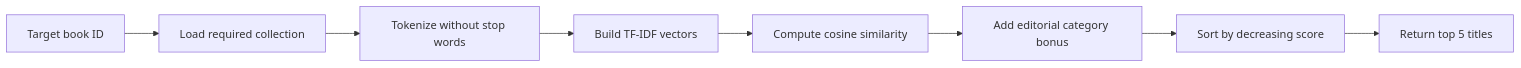
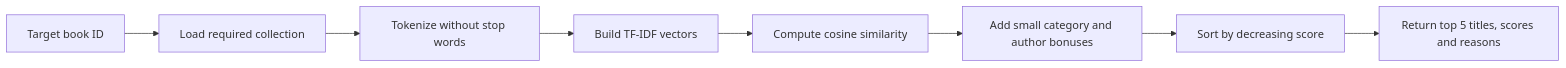
The fifth of 6 diagrams in README.md (LouiseNedjma13/T-AIA-600-MAR_4), drawn with Mermaid before and after one commit. The commit also changed other lines of this file and 22 other files, not shown here.

````diff
--- a/README.md
+++ b/README.md
@@ -196,10 +224,10 @@
 ```mermaid
 flowchart LR
     A[Target book ID] --> B[Load required collection]
     B --> C[Tokenize without stop words]
     C --> D[Build TF-IDF vectors]
     D --> E[Compute cosine similarity]
-    E --> F[Add editorial category bonus]
+    E --> F[Add small category and author bonuses]
     F --> G[Sort by decreasing score]
-    G --> H[Return top 5 titles]
+    G --> H[Return top 5 titles, scores and reasons]
 ```
````
